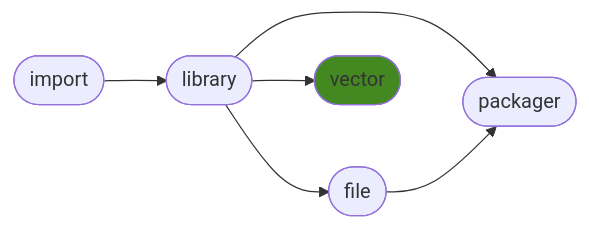
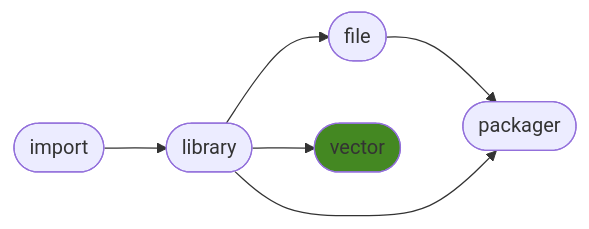
Before and after one commit to ManderaGeneral/generalvector: the diagram in README.md, drawn with Mermaid. The commit also changed other lines of this file, not shown here.

````diff
--- a/README.md
+++ b/README.md
@@ -16,14 +16,14 @@
 ```mermaid
 flowchart LR
+1([library]) --> 3([vector])
+2([file]) --> 4([packager])
 1([library]) --> 4([packager])
+0([import]) --> 1([library])
 1([library]) --> 2([file])
-2([file]) --> 4([packager])
-0([import]) --> 1([library])
-1([library]) --> 3([vector])
 click 0 "https://github.com/ManderaGeneral/generalimport"
 click 1 "https://github.com/ManderaGeneral/generallibrary"
 click 2 "https://github.com/ManderaGeneral/generalfile"
 click 3 "https://github.com/ManderaGeneral/generalvector"
 click 4 "https://github.com/ManderaGeneral/generalpackager"
 style 3 fill:#482
 ```
````
